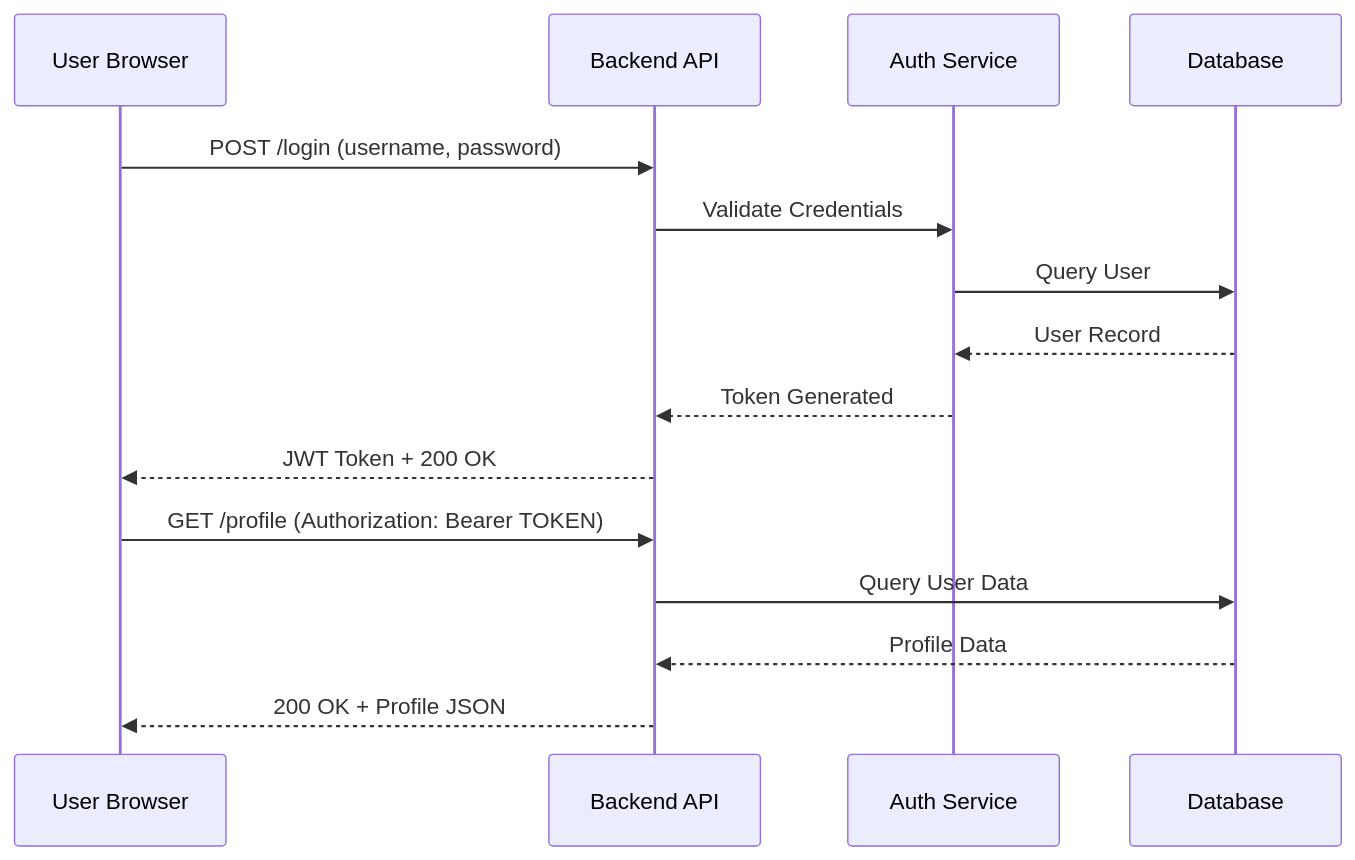
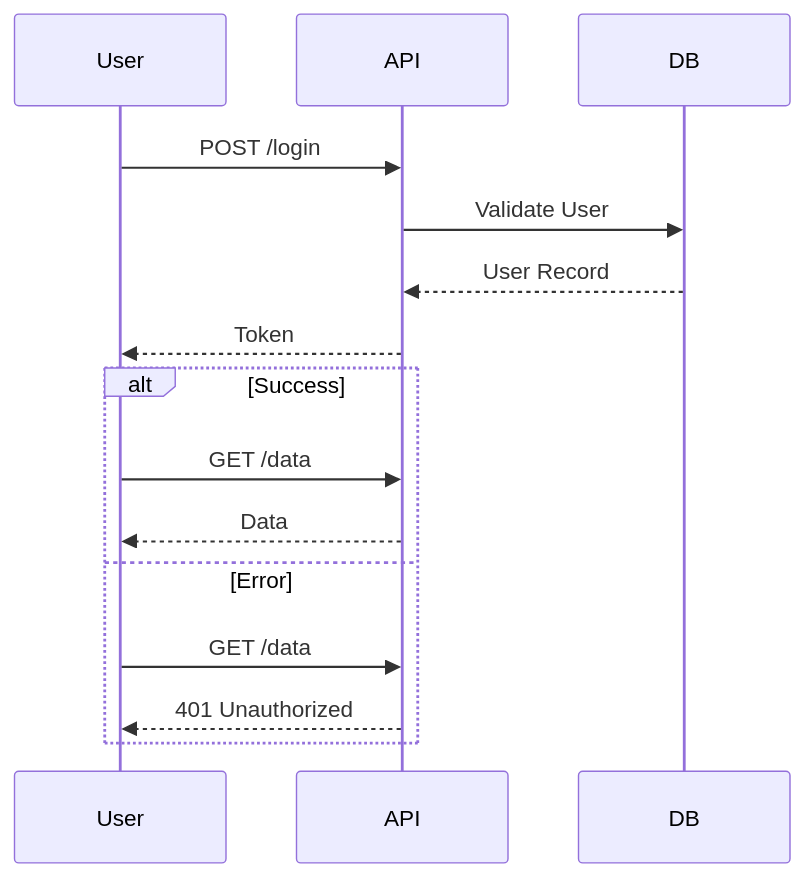
One commit to modu-ai/moai-adk changed the second of 12 diagrams in src/moai_adk/templates/.claude/skills/moai-mermaid-diagram-expert/SKILL.md. Above: the diagram before and after it, drawn with Mermaid. The commit also changed other lines of this file and 182 other files, not shown here.

````diff
--- a/src/moai_adk/templates/.claude/skills/moai-mermaid-diagram-expert/SKILL.md
+++ b/src/moai_adk/templates/.claude/skills/moai-mermaid-diagram-expert/SKILL.md
@@ -164,19 +74,19 @@
 ```mermaid
 sequenceDiagram
-    participant User as User Browser
-    participant API as Backend API
-    participant Auth as Auth Service
-    participant DB as Database
-    
-    User->>API: POST /login (username, password)
-    API->>Auth: Validate Credentials
-    Auth->>DB: Query User
-    DB-->>Auth: User Record
-    Auth-->>API: Token Generated
-    API-->>User: JWT Token + 200 OK
-    
-    User->>API: GET /profile (Authorization: Bearer TOKEN)
-    API->>DB: Query User Data
-    DB-->>API: Profile Data
-    API-->>User: 200 OK + Profile JSON
+    participant User
+    participant API
+    participant DB
+
+    User->>API: POST /login
+    API->>DB: Validate User
+    DB-->>API: User Record
+    API-->>User: Token
+
+    alt Success
+        User->>API: GET /data
+        API-->>User: Data
+    else Error
+        User->>API: GET /data
+        API-->>User: 401 Unauthorized
+    end
 ```
````
